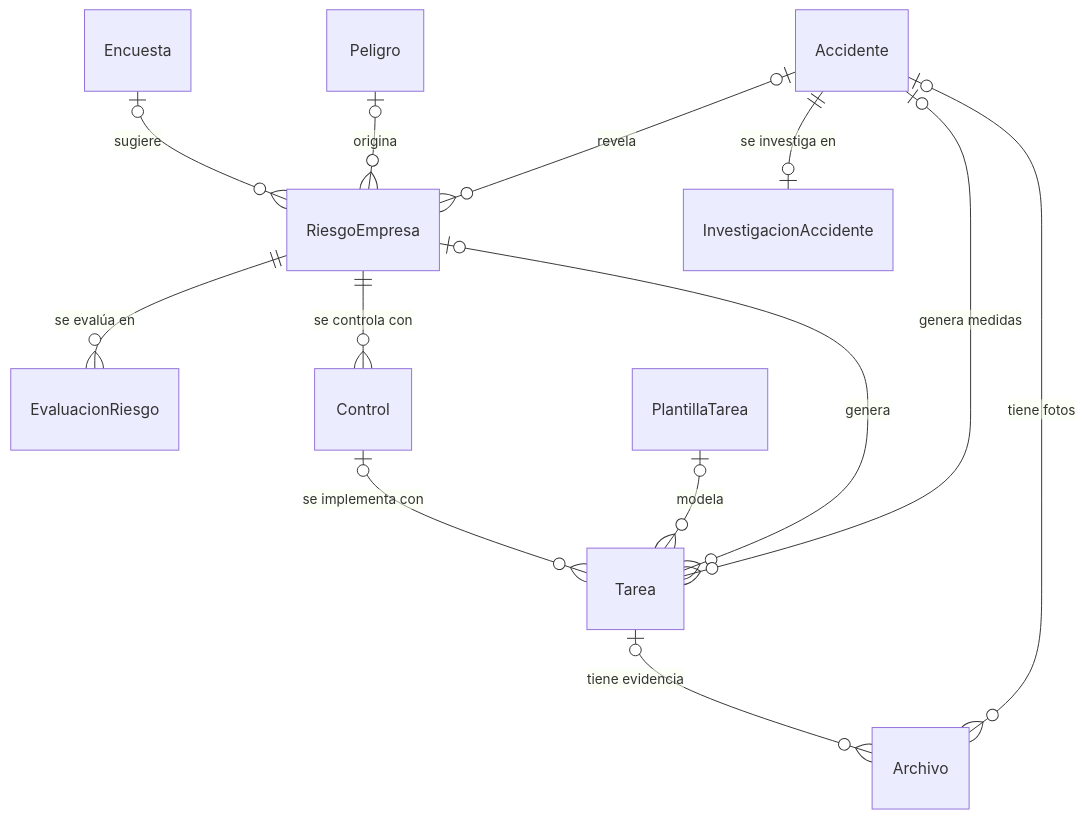
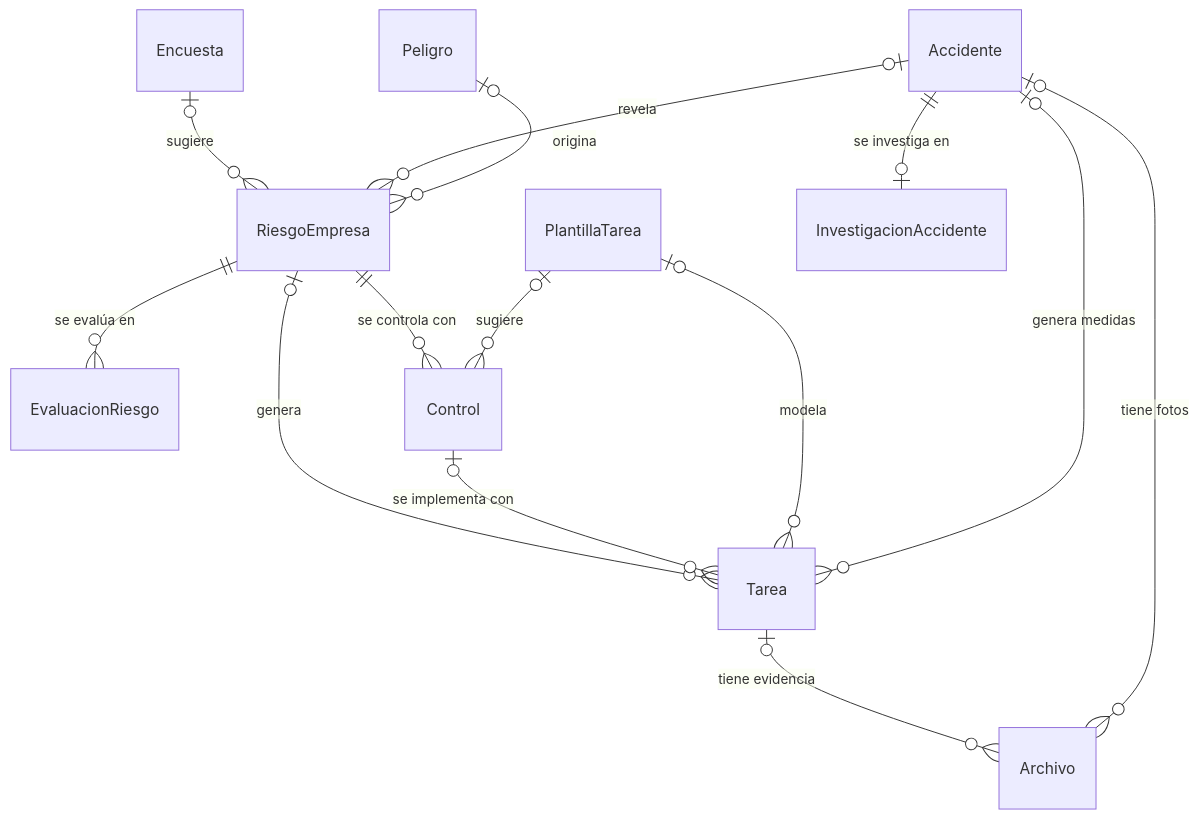
One commit to ddestephen/Sistemas-Expertos changed the third of 10 diagrams in 15-diagramas-drawio.md. Above: the diagram before and after it, drawn with Mermaid. The commit also changed other lines of this file and 4 other files, not shown here.

First line of the commit message:
docs(hu-039): controles sugeridos, Control.PlantillaTareaId y aplicación de RN-19

````diff
--- a/15-diagramas-drawio.md
+++ b/15-diagramas-drawio.md
@@ -102,15 +102,16 @@
 ```mermaid
 erDiagram
     Encuesta |o--o{ RiesgoEmpresa : "sugiere"
     Accidente |o--o{ RiesgoEmpresa : "revela"
     Peligro |o--o{ RiesgoEmpresa : "origina"
     RiesgoEmpresa ||--o{ EvaluacionRiesgo : "se evalúa en"
     RiesgoEmpresa ||--o{ Control : "se controla con"
     RiesgoEmpresa |o--o{ Tarea : "genera"
     Control |o--o{ Tarea : "se implementa con"
     PlantillaTarea |o--o{ Tarea : "modela"
+    PlantillaTarea |o--o{ Control : "sugiere"
     Accidente ||--o| InvestigacionAccidente : "se investiga en"
     Accidente |o--o{ Tarea : "genera medidas"
     Tarea |o--o{ Archivo : "tiene evidencia"
     Accidente |o--o{ Archivo : "tiene fotos"
 ```
````
